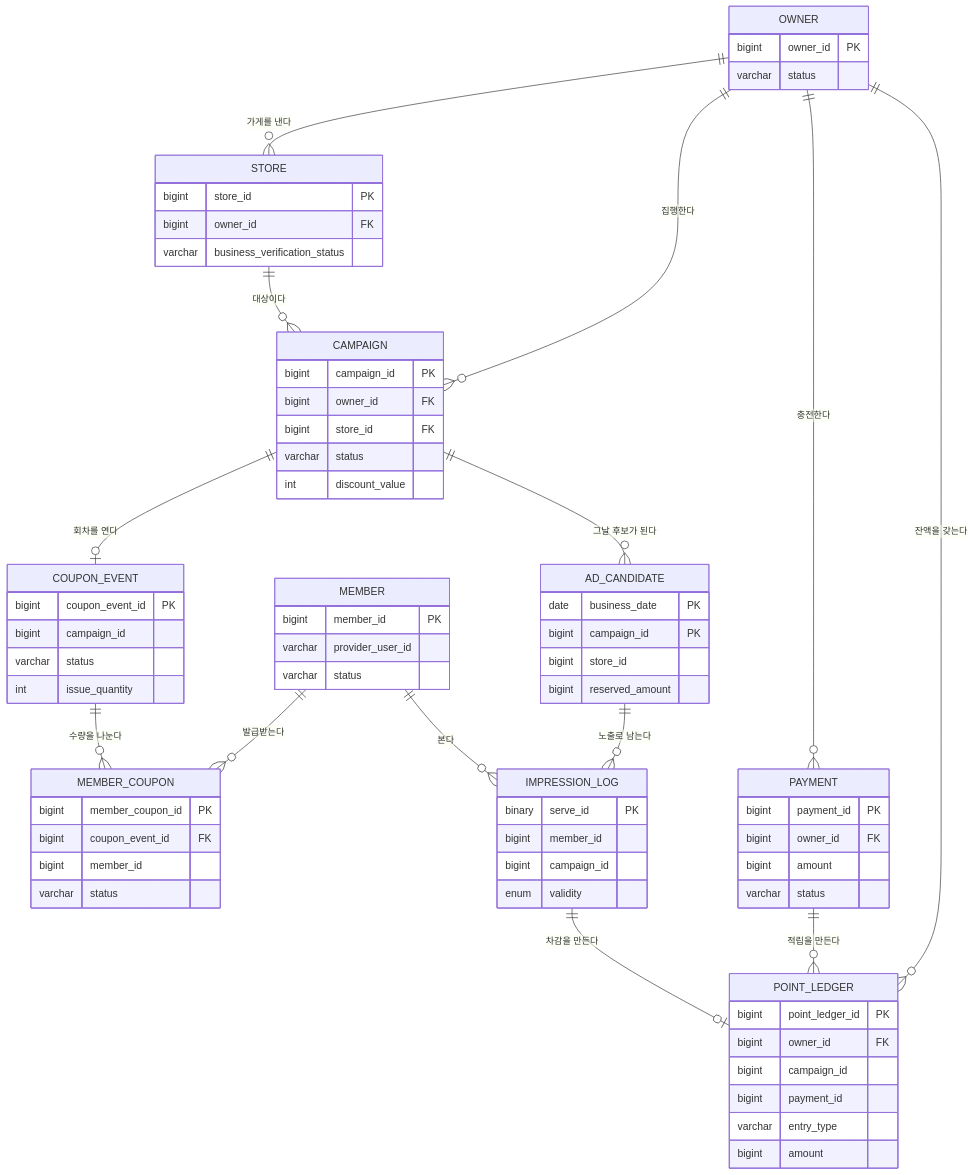
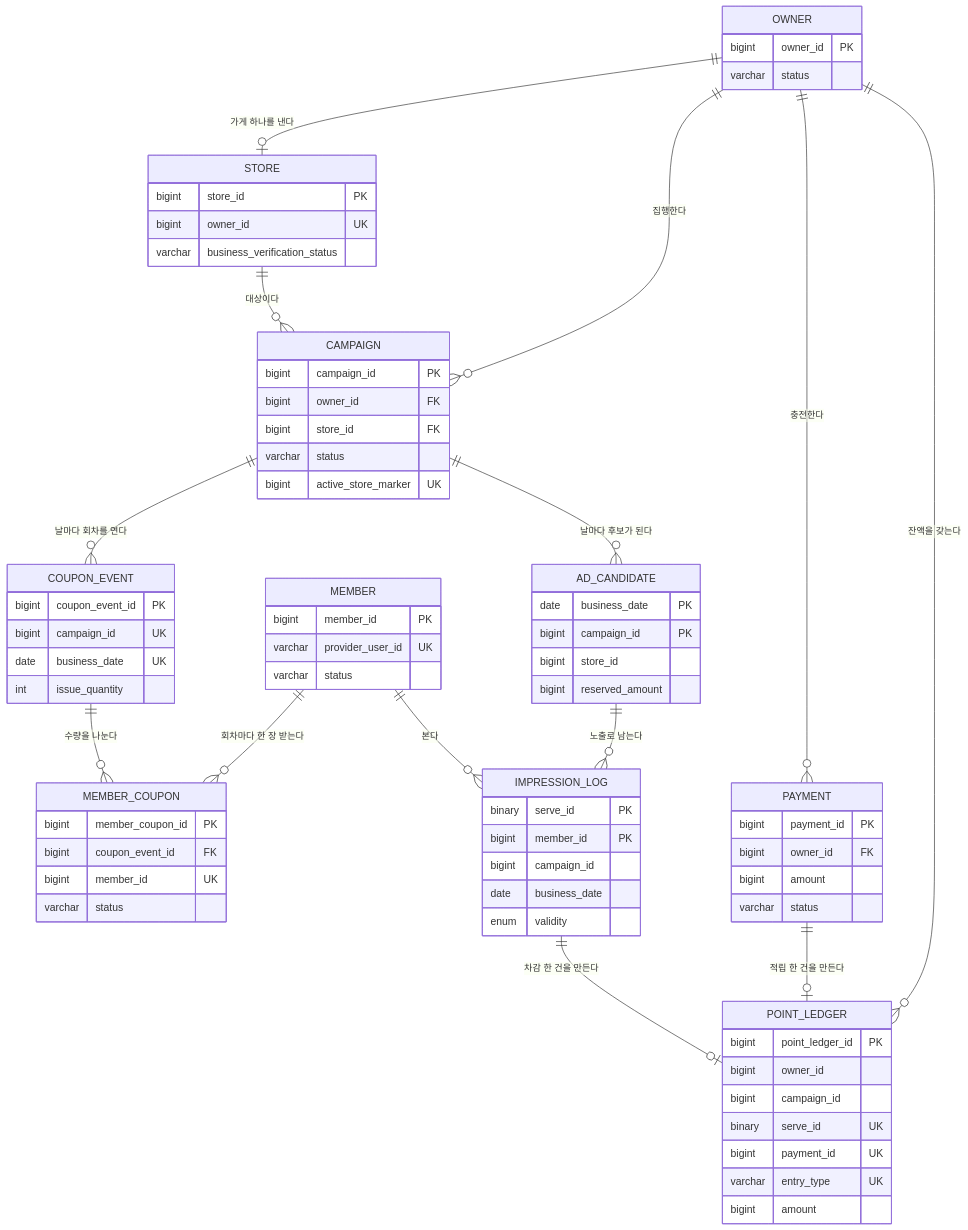
The third of 3 diagrams in README.md (lunch-catch/lc-backend), drawn with Mermaid before and after one commit. The commit also changed other lines of this file, not shown here.

Commit message:
[Docs] 핵심 ERD 의 관계와 키를 실제 스키마에 맞춘다

````diff
--- a/README.md
+++ b/README.md
@@ -196,76 +196,78 @@
 ```mermaid
 erDiagram
     OWNER {
         bigint owner_id PK
         varchar status
     }
     STORE {
         bigint store_id PK
-        bigint owner_id FK
+        bigint owner_id UK
         varchar business_verification_status
     }
     CAMPAIGN {
         bigint campaign_id PK
         bigint owner_id FK
         bigint store_id FK
         varchar status
-        int discount_value
+        bigint active_store_marker UK
     }
     COUPON_EVENT {
         bigint coupon_event_id PK
-        bigint campaign_id
-        varchar status
+        bigint campaign_id UK
+        date business_date UK
         int issue_quantity
     }
     MEMBER_COUPON {
         bigint member_coupon_id PK
         bigint coupon_event_id FK
-        bigint member_id
+        bigint member_id UK
         varchar status
     }
     MEMBER {
         bigint member_id PK
-        varchar provider_user_id
+        varchar provider_user_id UK
         varchar status
     }
     AD_CANDIDATE {
         date business_date PK
         bigint campaign_id PK
         bigint store_id
         bigint reserved_amount
     }
     IMPRESSION_LOG {
         binary serve_id PK
-        bigint member_id
+        bigint member_id PK
         bigint campaign_id
+        date business_date
         enum validity
     }
     PAYMENT {
         bigint payment_id PK
         bigint owner_id FK
         bigint amount
         varchar status
     }
     POINT_LEDGER {
         bigint point_ledger_id PK
-        bigint owner_id FK
+        bigint owner_id
         bigint campaign_id
-        bigint payment_id
-        varchar entry_type
+        binary serve_id UK
+        bigint payment_id UK
+        varchar entry_type UK
         bigint amount
     }
 
-    OWNER ||--o{ STORE : "가게를 낸다"
+    OWNER ||--o| STORE : "가게 하나를 낸다"
     OWNER ||--o{ CAMPAIGN : "집행한다"
     STORE ||--o{ CAMPAIGN : "대상이다"
     OWNER ||--o{ PAYMENT : "충전한다"
     OWNER ||--o{ POINT_LEDGER : "잔액을 갖는다"
-    CAMPAIGN ||--o| COUPON_EVENT : "회차를 연다"
-    CAMPAIGN ||--o{ AD_CANDIDATE : "그날 후보가 된다"
+    CAMPAIGN ||--o{ COUPON_EVENT : "날마다 회차를 연다"
+    CAMPAIGN ||--o{ AD_CANDIDATE : "날마다 후보가 된다"
     COUPON_EVENT ||--o{ MEMBER_COUPON : "수량을 나눈다"
-    MEMBER ||--o{ MEMBER_COUPON : "발급받는다"
+    MEMBER ||--o{ MEMBER_COUPON : "회차마다 한 장 받는다"
     MEMBER ||--o{ IMPRESSION_LOG : "본다"
     AD_CANDIDATE ||--o{ IMPRESSION_LOG : "노출로 남는다"
-    IMPRESSION_LOG ||--o| POINT_LEDGER : "차감을 만든다"
-    PAYMENT ||--o{ POINT_LEDGER : "적립을 만든다"
+    IMPRESSION_LOG ||--o| POINT_LEDGER : "차감 한 건을 만든다"
+    PAYMENT ||--o| POINT_LEDGER : "적립 한 건을 만든다"
 ```
````
